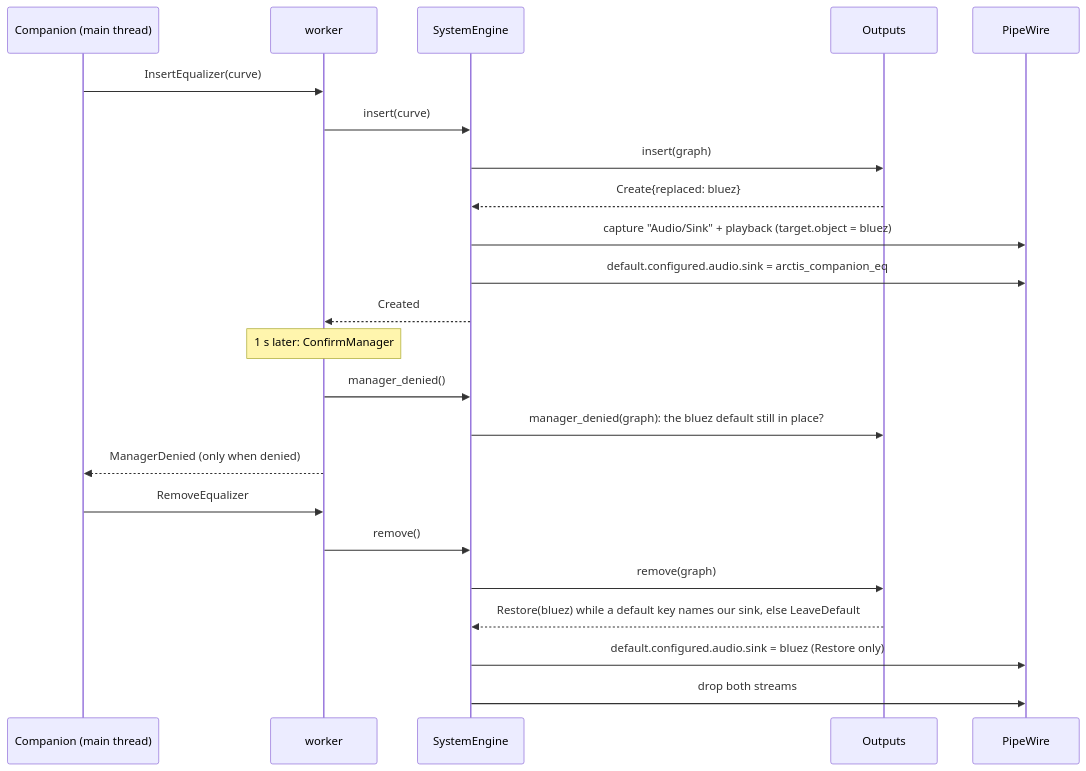
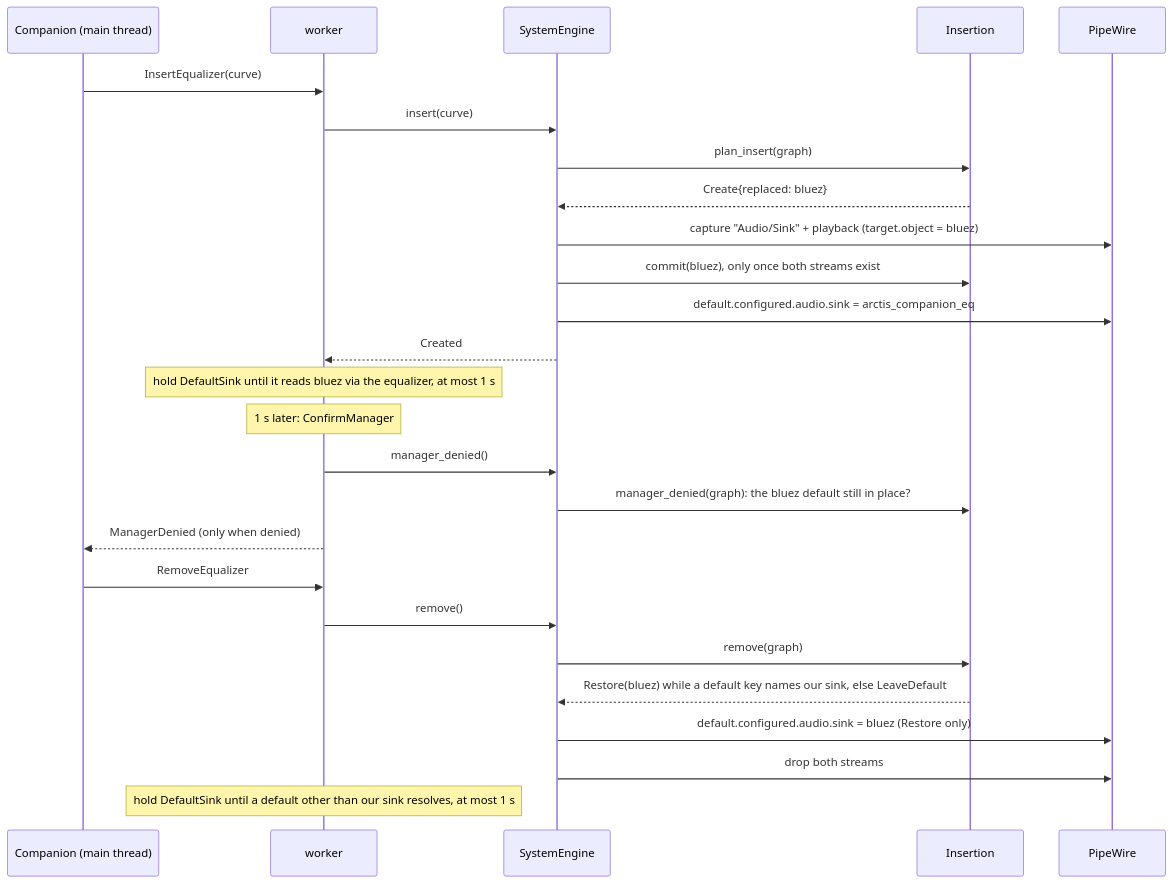
Before and after one commit to marcelogm/arctis-companion: the third of 5 diagrams in docs/architecture/audio.md, drawn with Mermaid. The commit also changed other lines of this file and 35 other files, not shown here.

Commit message:
fix(audio): publish only settled default routes

````diff
--- a/docs/architecture/audio.md
+++ b/docs/architecture/audio.md
@@ -83,25 +89,28 @@
 ```mermaid
 sequenceDiagram
     participant C as Companion (main thread)
     participant W as worker
     participant E as SystemEngine
-    participant O as Outputs
+    participant O as Insertion
     participant P as PipeWire
     C->>W: InsertEqualizer(curve)
     W->>E: insert(curve)
-    E->>O: insert(graph)
+    E->>O: plan_insert(graph)
     O-->>E: Create{replaced: bluez}
     E->>P: capture "Audio/Sink" + playback (target.object = bluez)
+    E->>O: commit(bluez), only once both streams exist
     E->>P: default.configured.audio.sink = arctis_companion_eq
     E-->>W: Created
+    Note over W: hold DefaultSink until it reads bluez via the equalizer, at most 1 s
     Note over W: 1 s later: ConfirmManager
     W->>E: manager_denied()
     E->>O: manager_denied(graph): the bluez default still in place?
     W-->>C: ManagerDenied (only when denied)
     C->>W: RemoveEqualizer
     W->>E: remove()
     E->>O: remove(graph)
     O-->>E: Restore(bluez) while a default key names our sink, else LeaveDefault
     E->>P: default.configured.audio.sink = bluez (Restore only)
     E->>P: drop both streams
+    Note over W: hold DefaultSink until a default other than our sink resolves, at most 1 s
 ```
````
